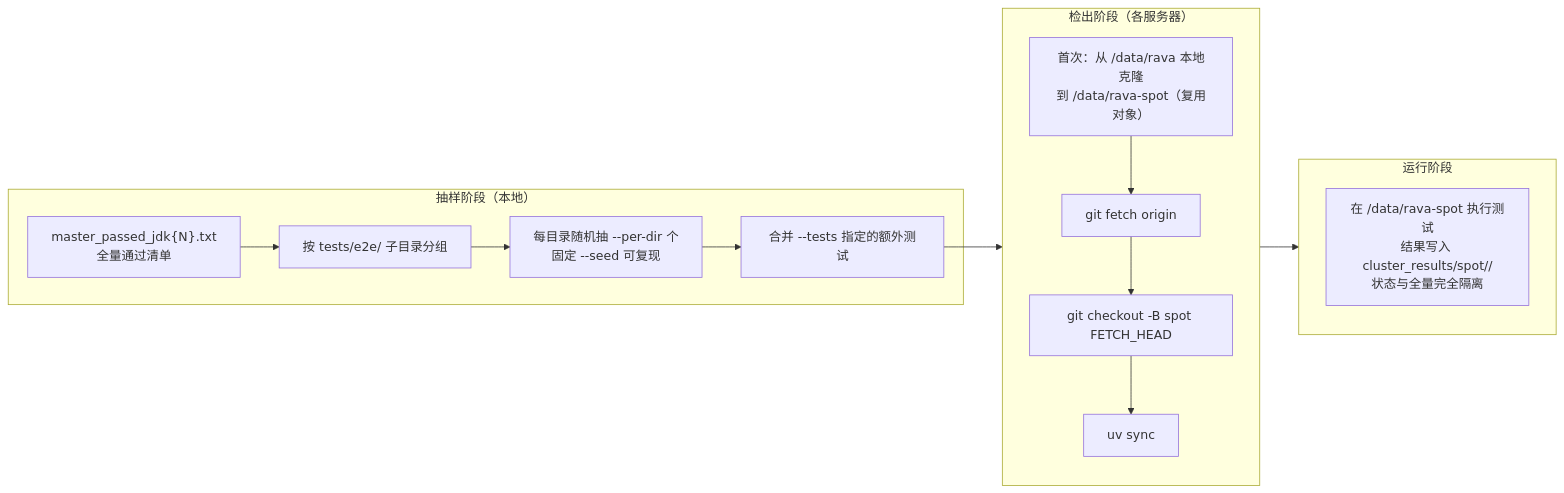
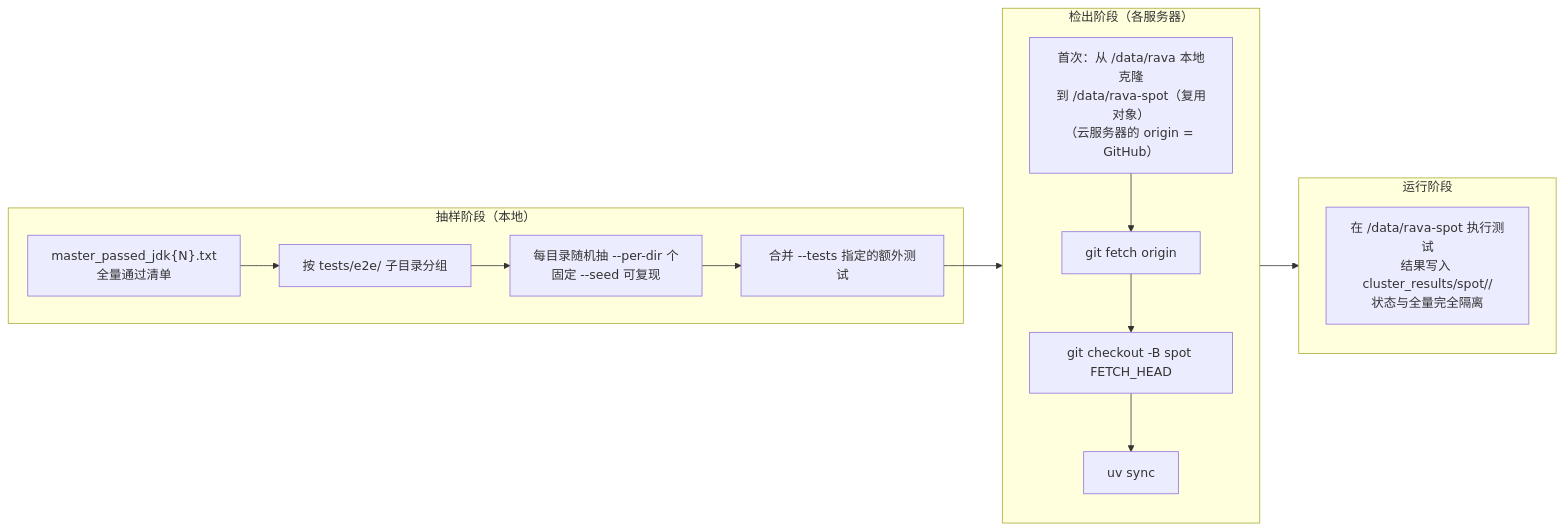
Before and after one commit to GetOpenOrg/rava: the fourth of 6 diagrams in docs/reference/cluster-testing.md, drawn with Mermaid. The commit also changed other lines of this file, not shown here.

Commit message:
文档：集群测试文档对齐现行云服务器池——概述 / 一–十节改为 jp1/jp2/kr1/kr2/sg1/sg2/us1（各 15G、1 槽，从 GitHub 检出）、ubuntu 留 job 池、dev 关机待恢复；11.4 改为合批流程，合入队列守护不再使用

````diff
--- a/docs/reference/cluster-testing.md
+++ b/docs/reference/cluster-testing.md
@@ -307,23 +321,23 @@
 ```mermaid
 flowchart LR
     subgraph Sample["抽样阶段（本地）"]
         MASTER["master_passed_jdk{N}.txt\n全量通过清单"]
         MASTER --> GROUP["按 tests/e2e/ 子目录分组"]
         GROUP --> PICK["每目录随机抽 --per-dir 个\n固定 --seed 可复现"]
         PICK --> EXTRA["合并 --tests 指定的额外测试"]
     end
 
     subgraph Checkout["检出阶段（各服务器）"]
-        CLONE["首次：从 /data/rava 本地克隆\n到 /data/rava-spot（复用对象）"]
+        CLONE["首次：从 /data/rava 本地克隆\n到 /data/rava-spot（复用对象）\n（云服务器的 origin = GitHub）"]
         CLONE --> FETCH["git fetch origin <ref>"]
         FETCH --> CO["git checkout -B spot FETCH_HEAD"]
         CO --> SYNC["uv sync"]
     end
 
     subgraph Run["运行阶段"]
         RUN["在 /data/rava-spot 执行测试\n结果写入 cluster_results/spot/<tag>/\n状态与全量完全隔离"]
     end
 
     EXTRA --> Checkout
     Checkout --> Run
 ```
````
